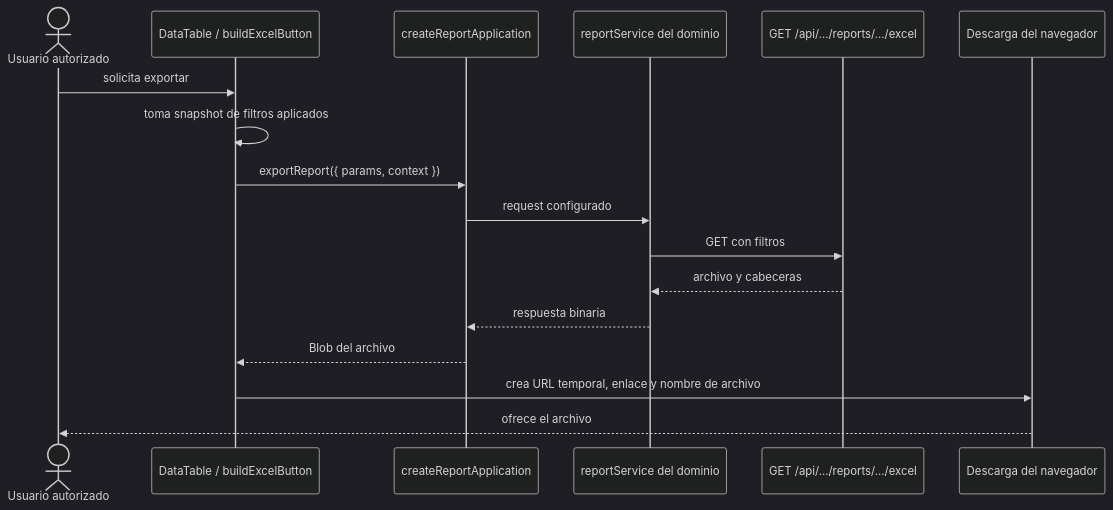
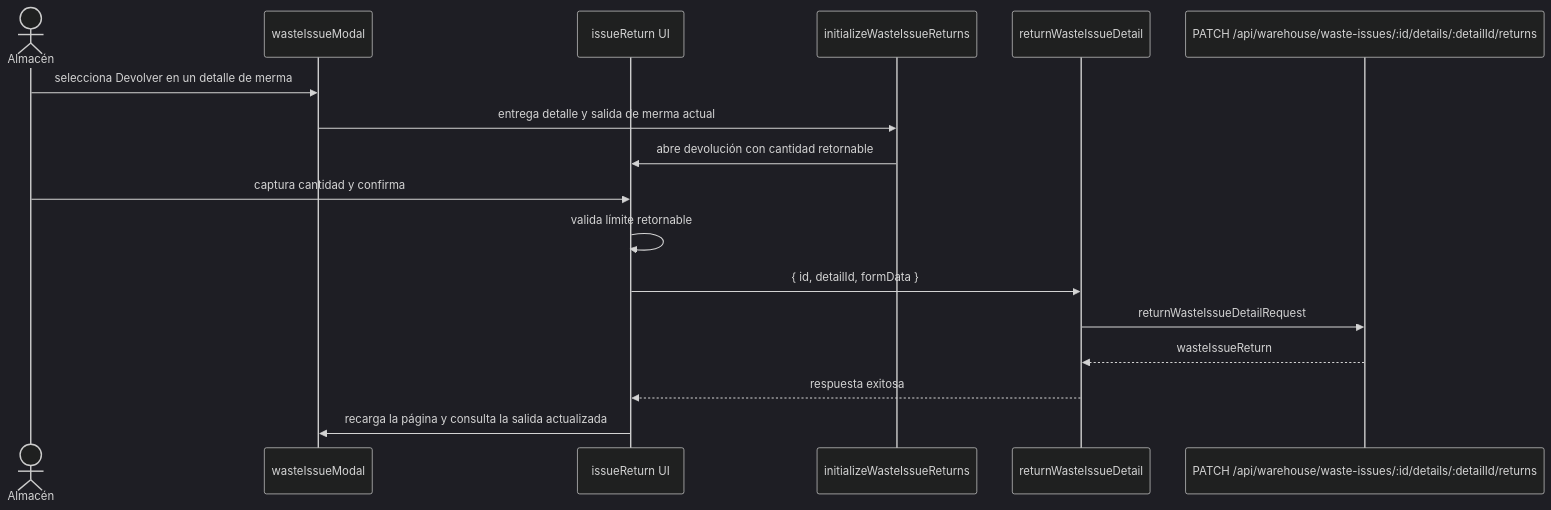
One commit to gpgsistemas01/nexus changed the fifth of 6 diagrams in docs/architecture/frontend-technical-documentation.md. Above: the diagram before and after it, drawn with Mermaid (dark theme). The commit also changed other lines of this file and 12 other files, not shown here.

Commit message:
docs: diagram every frontend and backend use case

````diff
--- a/docs/architecture/frontend-technical-documentation.md
+++ b/docs/architecture/frontend-technical-documentation.md
@@ -237,20 +314,20 @@
 ```mermaid
 sequenceDiagram
-    actor User as Usuario autorizado
-    participant Table as DataTable / buildExcelButton
-    participant App as createReportApplication
-    participant Request as reportService del dominio
-    participant API as GET /api/.../reports/.../excel
-    participant Browser as Descarga del navegador
+    actor Warehouse as Almacén
+    participant Issue as wasteIssueModal
+    participant Return as issueReturn UI
+    participant Domain as initializeWasteIssueReturns
+    participant App as returnWasteIssueDetail
+    participant API as PATCH /api/warehouse/waste-issues/:id/details/:detailId/returns
 
-    User->>Table: solicita exportar
-    Table->>Table: toma snapshot de filtros aplicados
-    Table->>App: exportReport({ params, context })
-    App->>Request: request configurado
-    Request->>API: GET con filtros
-    API-->>Request: archivo y cabeceras
-    Request-->>App: respuesta binaria
-    App-->>Table: Blob del archivo
-    Table->>Browser: crea URL temporal, enlace y nombre de archivo
-    Browser-->>User: ofrece el archivo
+    Warehouse->>Issue: selecciona Devolver en un detalle de merma
+    Issue->>Domain: entrega detalle y salida de merma actual
+    Domain->>Return: abre devolución con cantidad retornable
+    Warehouse->>Return: captura cantidad y confirma
+    Return->>Return: valida límite retornable
+    Return->>App: { id, detailId, formData }
+    App->>API: returnWasteIssueDetailRequest
+    API-->>App: wasteIssueReturn
+    App-->>Return: respuesta exitosa
+    Return->>Issue: recarga la página y consulta la salida actualizada
 ```
````
